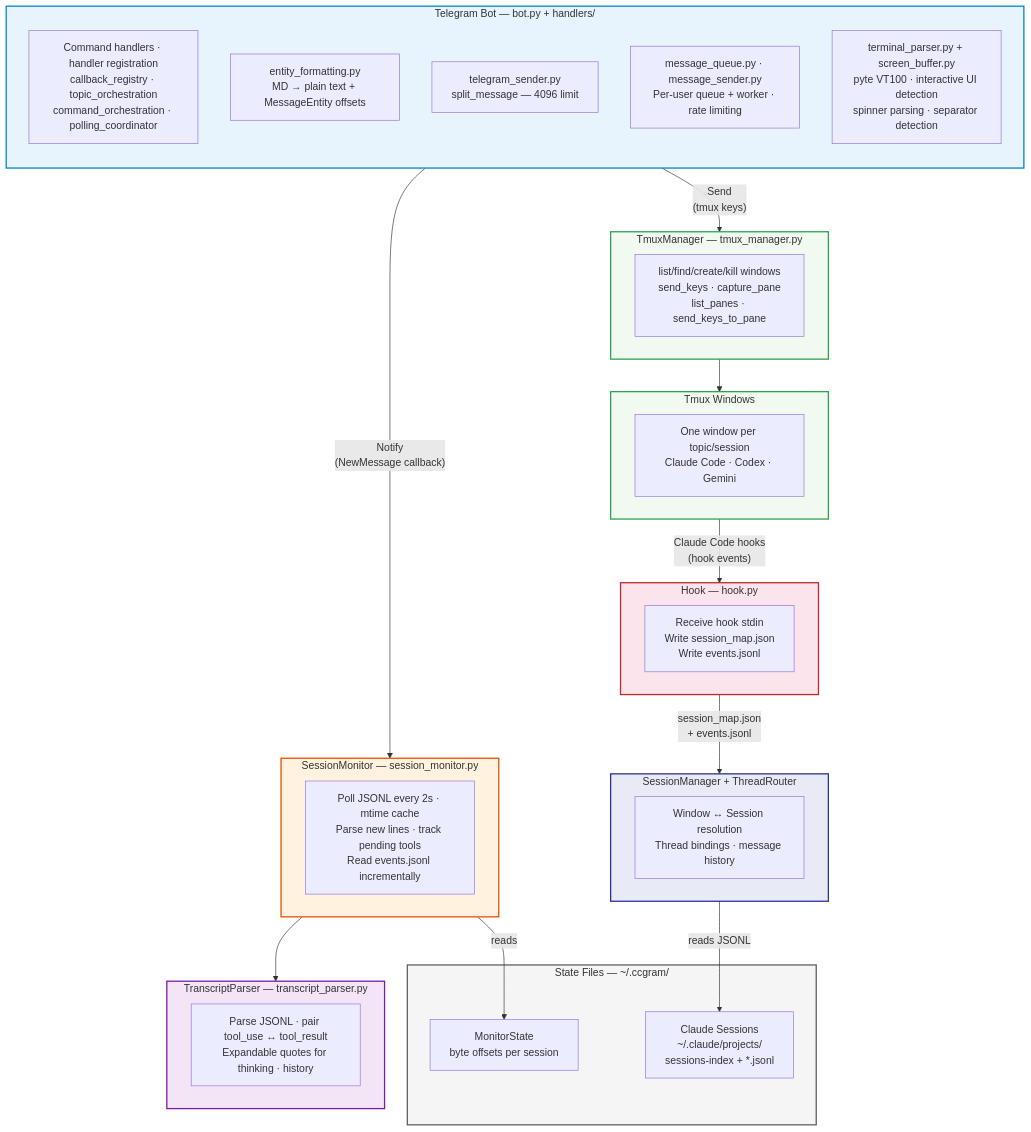
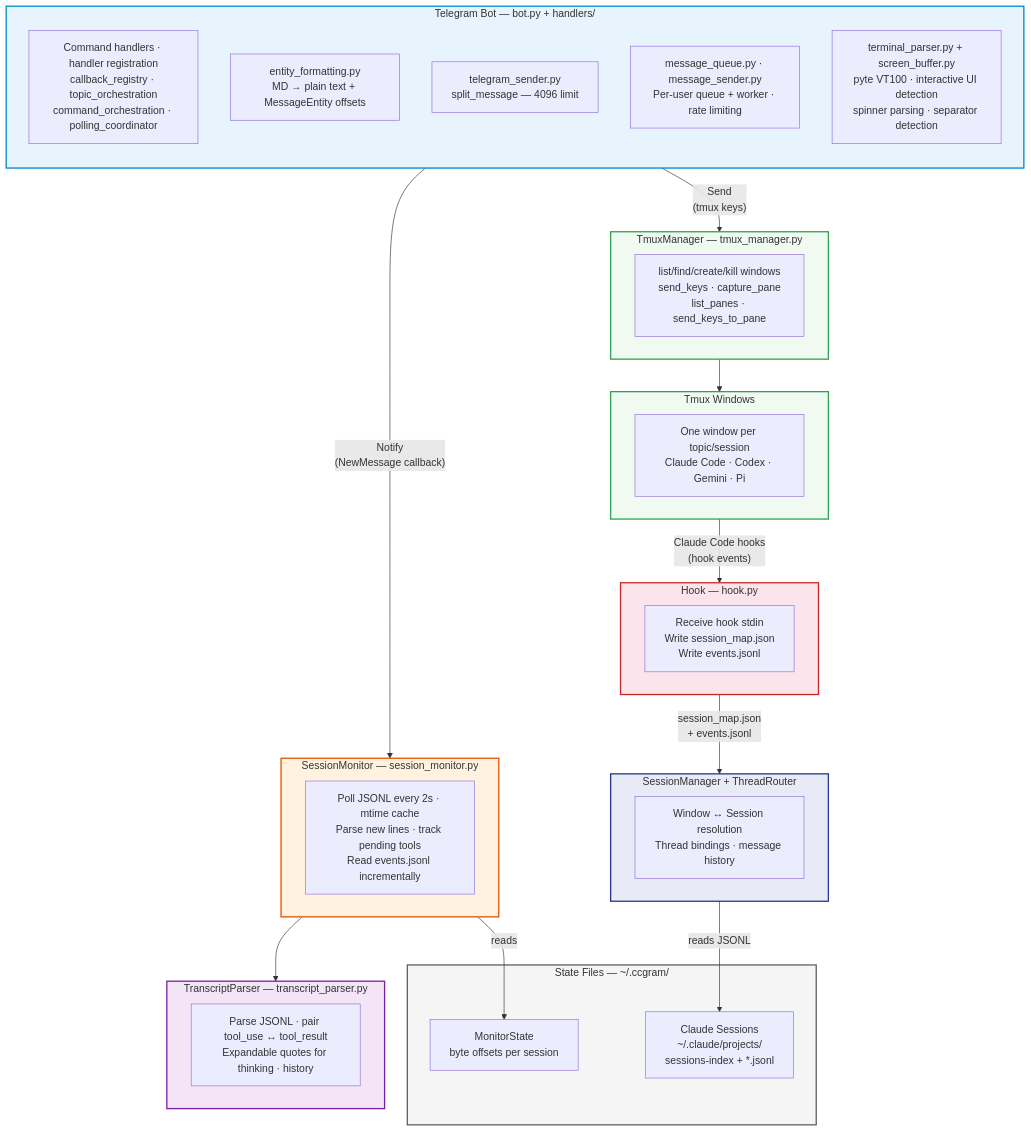
Before and after one commit to alexei-led/ccbot: the diagram in .claude/rules/architecture.md, drawn with Mermaid. The commit also changed other lines of this file and 7 other files, not shown here.

First line of the commit message:
docs: document pi provider across user + architecture docs

````diff
--- a/.claude/rules/architecture.md
+++ b/.claude/rules/architecture.md
@@ -3,58 +3,58 @@
 ```mermaid
 graph TB
     subgraph bot["Telegram Bot — bot.py + handlers/"]
         direction TB
         BotCore["Command handlers · handler registration\ncallback_registry · topic_orchestration\ncommand_orchestration · polling_coordinator"]
         BotSub1["entity_formatting.py\nMD → plain text + MessageEntity offsets"]
         BotSub2["telegram_sender.py\nsplit_message — 4096 limit"]
         BotSub3["message_queue.py · message_sender.py\nPer-user queue + worker · rate limiting"]
         Terminal["terminal_parser.py + screen_buffer.py\npyte VT100 · interactive UI detection\nspinner parsing · separator detection"]
     end
 
     subgraph monitor["SessionMonitor — session_monitor.py"]
         Mon["Poll JSONL every 2s · mtime cache\nParse new lines · track pending tools\nRead events.jsonl incrementally"]
     end
 
     subgraph tmux["TmuxManager — tmux_manager.py"]
         Tmux["list/find/create/kill windows\nsend_keys · capture_pane\nlist_panes · send_keys_to_pane"]
     end
 
     subgraph parsing["TranscriptParser — transcript_parser.py"]
         TP["Parse JSONL · pair tool_use ↔ tool_result\nExpandable quotes for thinking · history"]
     end
 
     subgraph windows["Tmux Windows"]
-        Win["One window per topic/session\nClaude Code · Codex · Gemini"]
+        Win["One window per topic/session\nClaude Code · Codex · Gemini · Pi"]
     end
 
     subgraph hook["Hook — hook.py"]
         Hook["Receive hook stdin\nWrite session_map.json\nWrite events.jsonl"]
     end
 
     subgraph session["SessionManager + ThreadRouter"]
         SM["Window ↔ Session resolution\nThread bindings · message history"]
     end
 
     subgraph state["State Files — ~/.ccgram/"]
         MonState["MonitorState\nbyte offsets per session"]
         Sessions["Claude Sessions\n~/.claude/projects/\nsessions-index + *.jsonl"]
     end
 
     bot -- "Notify\n(NewMessage callback)" --> monitor
     bot -- "Send\n(tmux keys)" --> tmux
     monitor --> parsing
     tmux --> windows
     windows -- "Claude Code hooks\n(hook events)" --> hook
     hook -- "session_map.json\n+ events.jsonl" --> session
     session -- "reads JSONL" --> Sessions
     monitor -- "reads" --> MonState
 
     style bot fill:#e8f4fd,stroke:#0088cc,stroke-width:2px,color:#333
     style monitor fill:#fff3e0,stroke:#e65100,stroke-width:2px,color:#333
     style tmux fill:#f0faf0,stroke:#2ea44f,stroke-width:2px,color:#333
     style parsing fill:#f3e5f5,stroke:#7b1fa2,stroke-width:2px,color:#333
     style windows fill:#f0faf0,stroke:#2ea44f,stroke-width:2px,color:#333
     style hook fill:#fce4ec,stroke:#c62828,stroke-width:2px,color:#333
     style session fill:#e8eaf6,stroke:#283593,stroke-width:2px,color:#333
     style state fill:#f5f5f5,stroke:#616161,stroke-width:2px,color:#333
 ```
````
